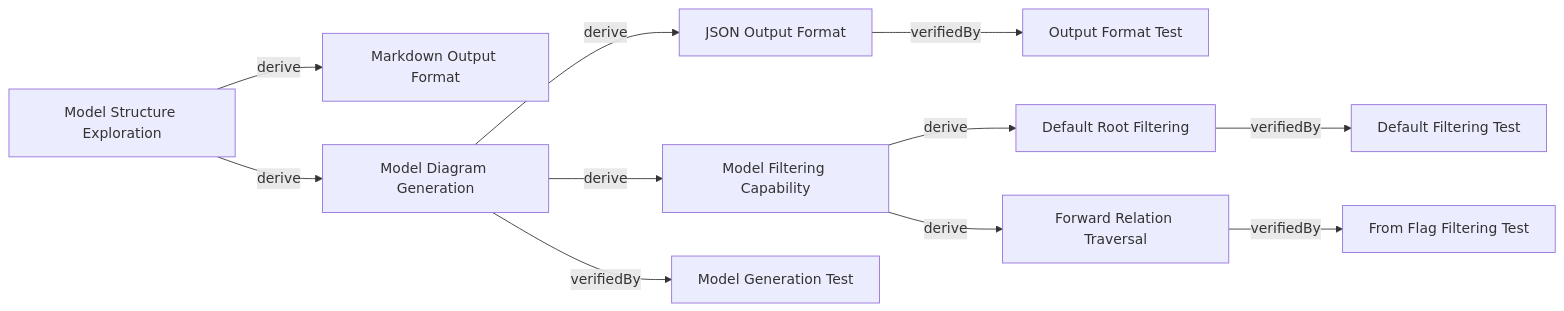
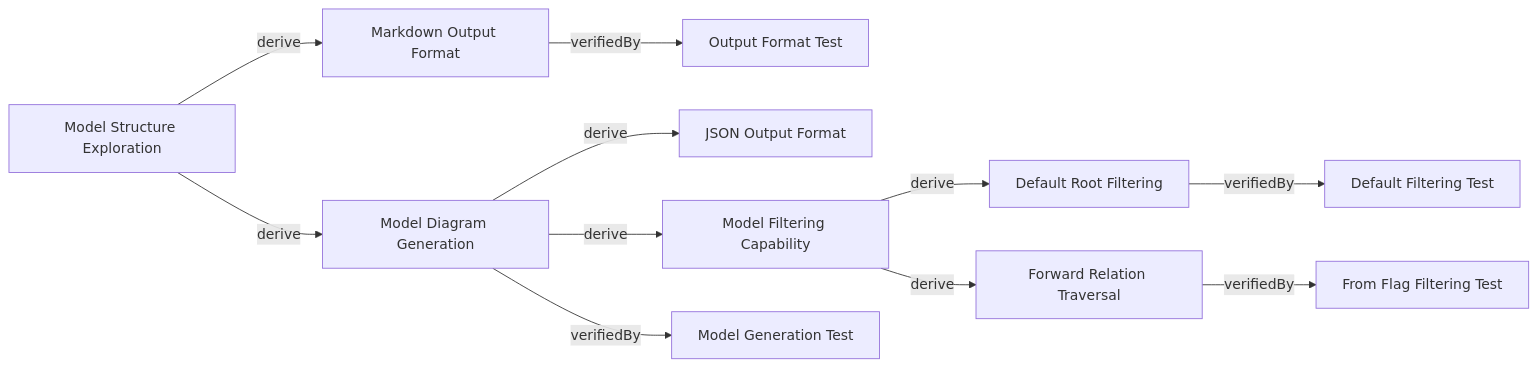
Before and after one commit to reqvire-org/reqvire: the diagram in tests/test-model-command/expected_output.md, drawn with Mermaid. The commit also changed 7 other files, not shown here.

````diff
--- a/tests/test-model-command/expected_output.md
+++ b/tests/test-model-command/expected_output.md
@@ -12,34 +12,34 @@
 ```mermaid
 graph LR
   32fb52886d6166a1["Model Structure Exploration"];
   8accb4e2c9363546["Markdown Output Format"];
   32fb52886d6166a1 -->|derive| 8accb4e2c9363546;
   8accb4e2c9363546["Markdown Output Format"];
+  8cc3b7ebaf3ea9b["Output Format Test"];
+  8accb4e2c9363546 -->|verifiedBy| 8cc3b7ebaf3ea9b;
+  8cc3b7ebaf3ea9b["Output Format Test"];
   4f998d84bbf8f547["Model Diagram Generation"];
   32fb52886d6166a1 -->|derive| 4f998d84bbf8f547;
   4f998d84bbf8f547["Model Diagram Generation"];
   f27d93928246808["JSON Output Format"];
   4f998d84bbf8f547 -->|derive| f27d93928246808;
   f27d93928246808["JSON Output Format"];
-  8cc3b7ebaf3ea9b["Output Format Test"];
-  f27d93928246808 -->|verifiedBy| 8cc3b7ebaf3ea9b;
-  8cc3b7ebaf3ea9b["Output Format Test"];
   1ca5a7c02ab1c5f4["Model Filtering Capability"];
   4f998d84bbf8f547 -->|derive| 1ca5a7c02ab1c5f4;
   1ca5a7c02ab1c5f4["Model Filtering Capability"];
   5b114dac21ad2026["Default Root Filtering"];
   1ca5a7c02ab1c5f4 -->|derive| 5b114dac21ad2026;
   5b114dac21ad2026["Default Root Filtering"];
   c28803f3ded267fb["Default Filtering Test"];
   5b114dac21ad2026 -->|verifiedBy| c28803f3ded267fb;
   c28803f3ded267fb["Default Filtering Test"];
   46fbef5d552a5c01["Forward Relation Traversal"];
   1ca5a7c02ab1c5f4 -->|derive| 46fbef5d552a5c01;
   46fbef5d552a5c01["Forward Relation Traversal"];
   15d847f8ebf34901["From Flag Filtering Test"];
   46fbef5d552a5c01 -->|verifiedBy| 15d847f8ebf34901;
   15d847f8ebf34901["From Flag Filtering Test"];
   e80d22d575e02537["Model Generation Test"];
   4f998d84bbf8f547 -->|verifiedBy| e80d22d575e02537;
   e80d22d575e02537["Model Generation Test"];
 ```
````
